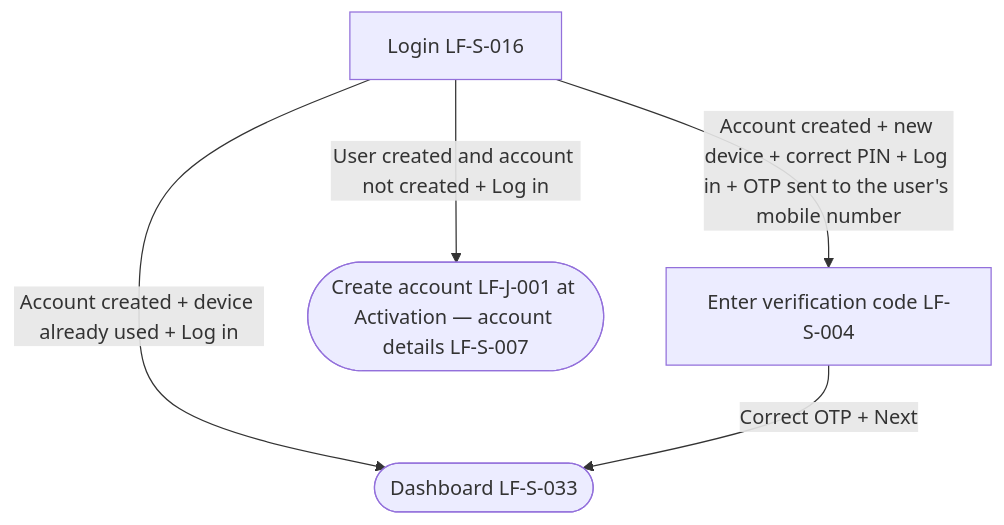
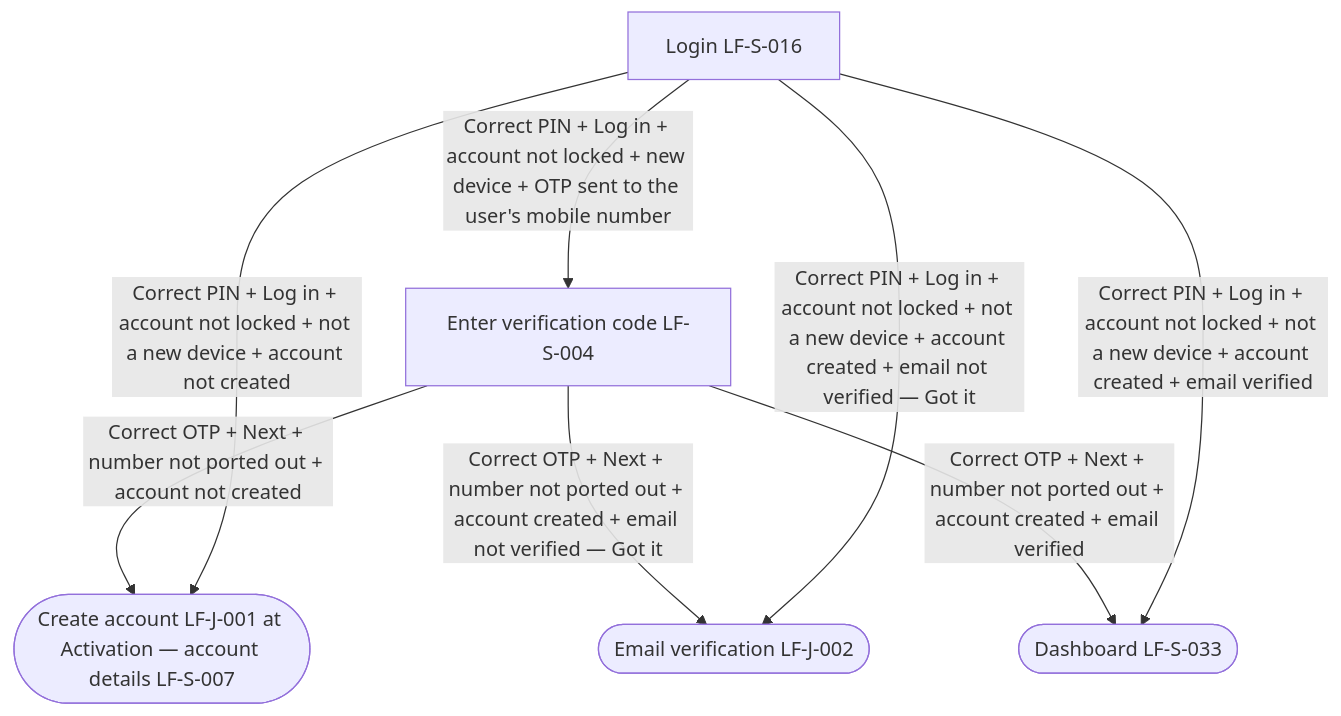
Before and after one commit to nandong-tech/product-management: the diagram in prebuilt_prds/LF-J-035-login-delta.md, drawn with Mermaid. The commit also changed other lines of this file and 5 other files, not shown here.

Commit message:
Publish the login delta and user profile edits to Confluence.

````diff
--- a/prebuilt_prds/LF-J-035-login-delta.md
+++ b/prebuilt_prds/LF-J-035-login-delta.md
@@ -50,7 +60,10 @@
 ```mermaid
 flowchart TD
-  login[Login LF-S-016] -->|Account created + device already used + Log in| dashboard([Dashboard LF-S-033])
-  login -->|Account created + new device + correct PIN + Log in + OTP sent to the user's mobile number| otp[Enter verification code LF-S-004]
-  otp -->|Correct OTP + Next| dashboard
-  login -->|User created and account not created + Log in| details([Create account LF-J-001 at Activation — account details LF-S-007])
+  login[Login LF-S-016] -->|Correct PIN + Log in + account not locked + new device + OTP sent to the user's mobile number| otp[Enter verification code LF-S-004]
+  otp -->|Correct OTP + Next + number not ported out + account not created| details([Create account LF-J-001 at Activation — account details LF-S-007])
+  otp -->|Correct OTP + Next + number not ported out + account created + email not verified — Got it| email([Email verification LF-J-002])
+  otp -->|Correct OTP + Next + number not ported out + account created + email verified| dashboard([Dashboard LF-S-033])
+  login -->|Correct PIN + Log in + account not locked + not a new device + account not created| details
+  login -->|Correct PIN + Log in + account not locked + not a new device + account created + email not verified — Got it| email([Email verification LF-J-002])
+  login -->|Correct PIN + Log in + account not locked + not a new device + account created + email verified| dashboard([Dashboard LF-S-033])
 ```
````
